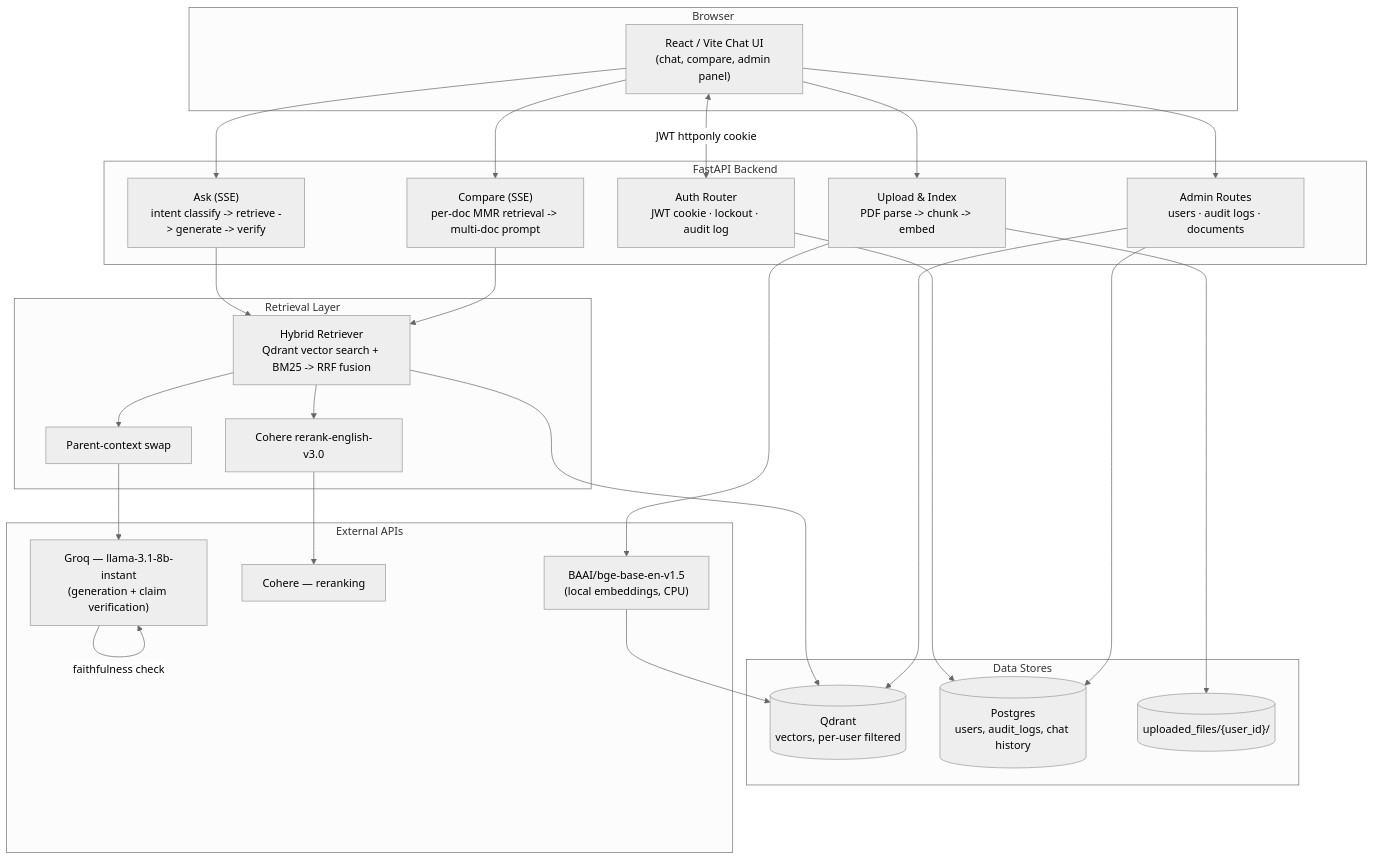
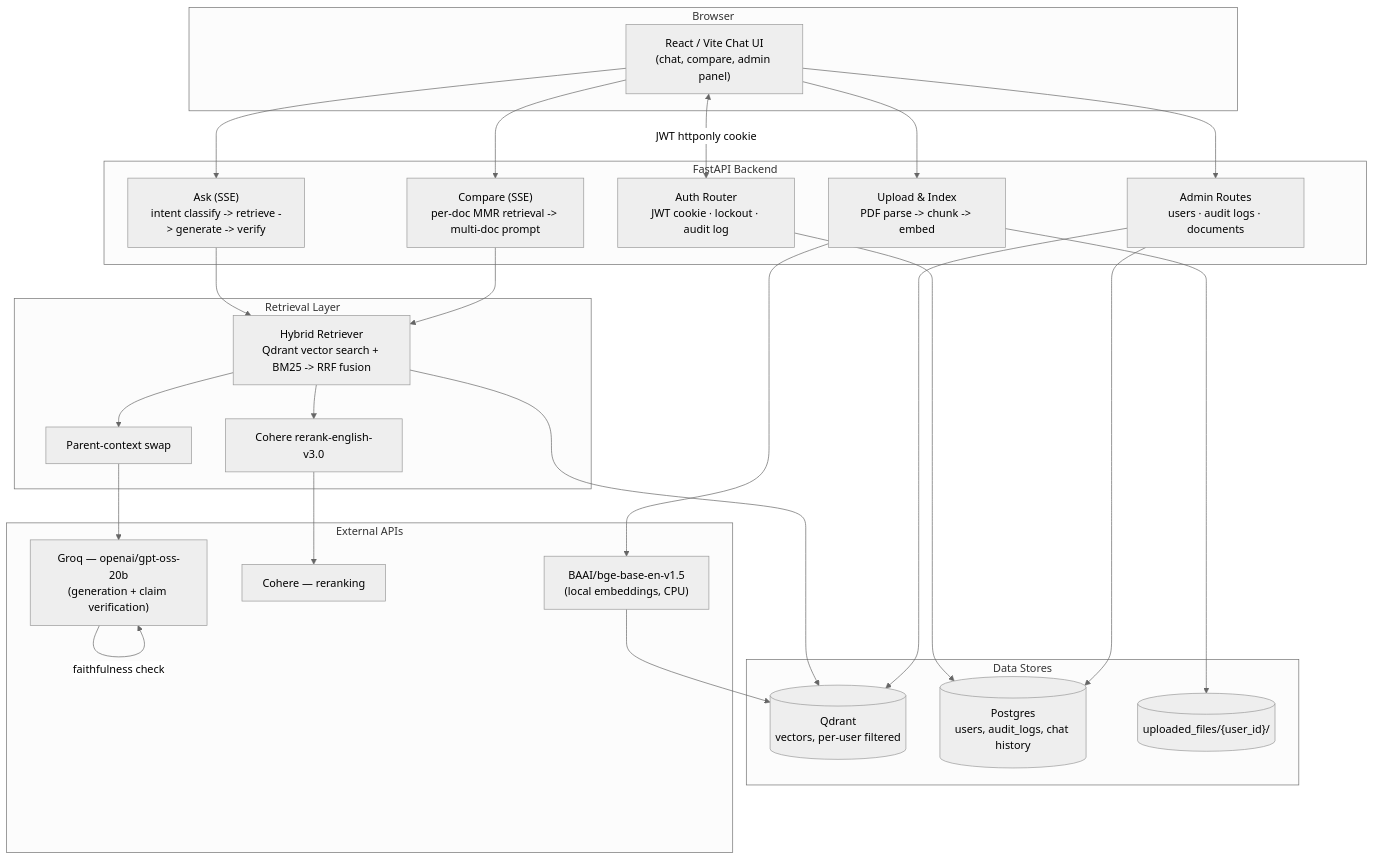
One commit to JeelPrajapati23/ClauseIQ changed the diagram in README.md. Above: the diagram before and after it, drawn with Mermaid (neutral theme). The commit also changed other lines of this file and 2 other files, not shown here.

Commit message:
Migrate Groq LLM from deprecated llama-3.1-8b-instant to openai/gpt-oss-20b
Groq retired the Llama 3.x chat models on 2026-08-16; openai/gpt-oss-20b is
their official 1:1 replacement. Also sets reasoning_effort="low" everywhere
the model is called — gpt-oss-20b spends part of max_tokens on hidden
reasoning before writing output, which was causing the claim-verification
call to blow its 1024-token budget and return invalid JSON at default effort.

````diff
--- a/README.md
+++ b/README.md
@@ -60,53 +60,53 @@
 ```mermaid
 flowchart TB
     subgraph Client["Browser"]
         UI["React / Vite Chat UI<br/>(chat, compare, admin panel)"]
     end
 
     subgraph Backend["FastAPI Backend"]
         Auth["Auth Router<br/>JWT cookie · lockout · audit log"]
         Upload["Upload & Index<br/>PDF parse -> chunk -> embed"]
         Ask["Ask (SSE)<br/>intent classify -> retrieve -> generate -> verify"]
         Compare["Compare (SSE)<br/>per-doc MMR retrieval -> multi-doc prompt"]
         Admin["Admin Routes<br/>users · audit logs · documents"]
     end
 
     subgraph Retrieval["Retrieval Layer"]
         Hybrid["Hybrid Retriever<br/>Qdrant vector search + BM25 -> RRF fusion"]
         Rerank["Cohere rerank-english-v3.0"]
         ParentSwap["Parent-context swap"]
     end
 
     subgraph Data["Data Stores"]
         Qdrant[("Qdrant<br/>vectors, per-user filtered")]
         Postgres[("Postgres<br/>users, audit_logs, chat history")]
         Files[("uploaded_files/{user_id}/")]
     end
 
     subgraph External["External APIs"]
-        Groq["Groq — llama-3.1-8b-instant<br/>(generation + claim verification)"]
+        Groq["Groq — openai/gpt-oss-20b<br/>(generation + claim verification)"]
         CohereAPI["Cohere — reranking"]
         BGE["BAAI/bge-base-en-v1.5<br/>(local embeddings, CPU)"]
     end
 
     UI <--> |"JWT httponly cookie"| Auth
     UI --> Upload
     UI --> Ask
     UI --> Compare
     UI --> Admin
 
     Upload --> BGE --> Qdrant
     Upload --> Files
 
     Ask --> Hybrid
     Compare --> Hybrid
     Hybrid --> Qdrant
     Hybrid --> Rerank --> CohereAPI
     Hybrid --> ParentSwap
     ParentSwap --> Groq
     Groq --> |"faithfulness check"| Groq
 
     Auth --> Postgres
     Admin --> Postgres
     Admin --> Qdrant
 ```
````
